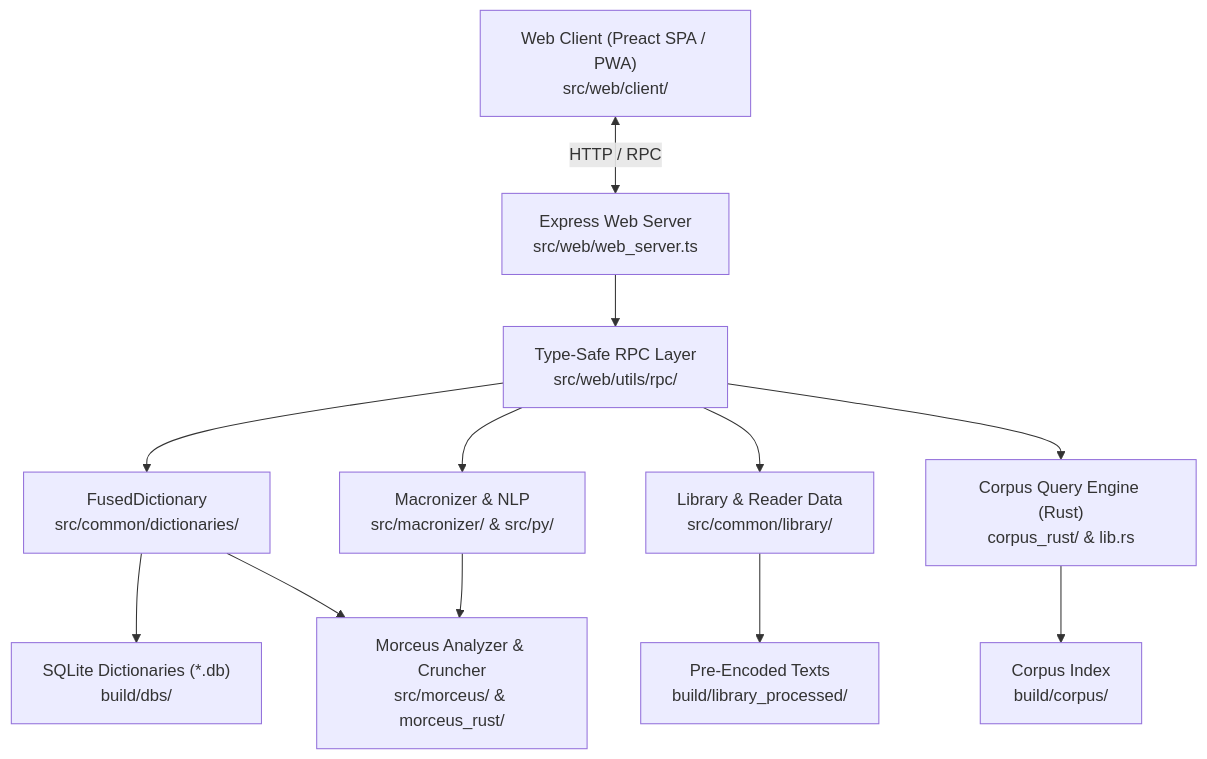
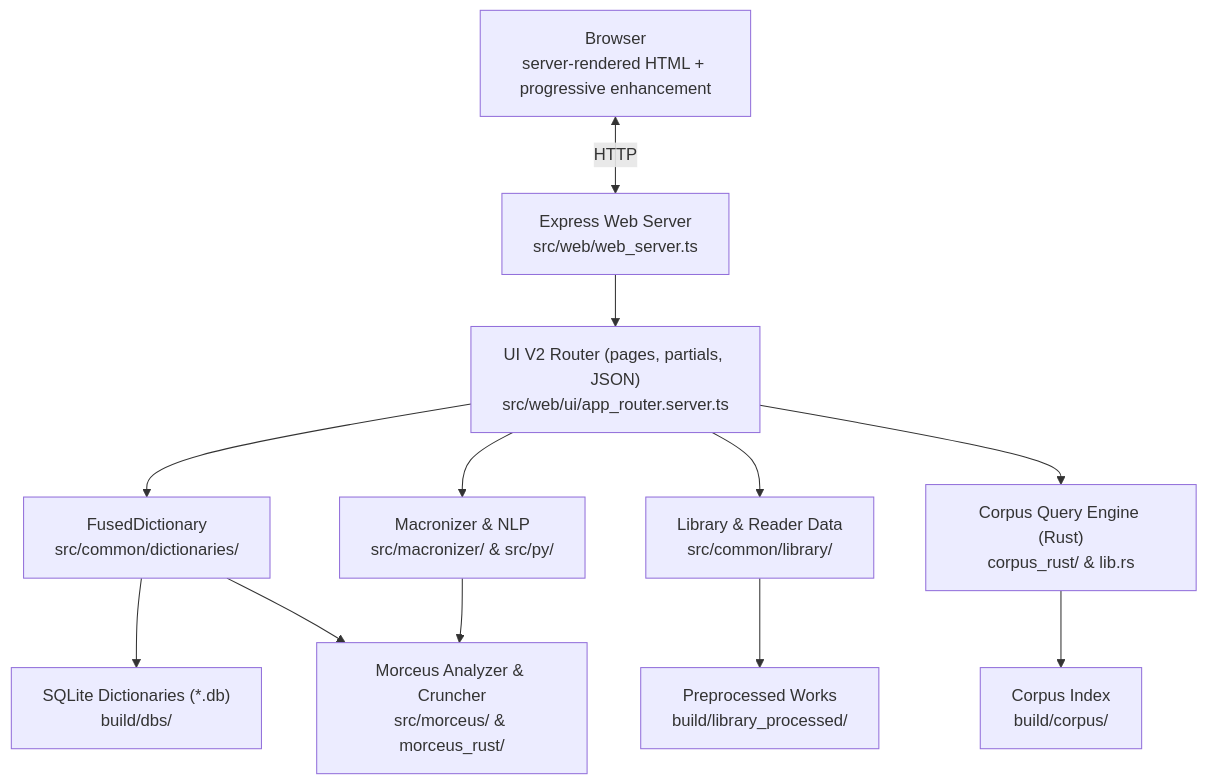
One commit to nkprasad12/morcus-net changed the diagram in ARCHITECTURE.md. Above: the diagram before and after it, drawn with Mermaid. The commit also changed other lines of this file and 939 other files, not shown here.

First line of the commit message:
Re-write the UI (away from Preact to Progressively Enhanced web components) (#592)

````diff
--- a/ARCHITECTURE.md
+++ b/ARCHITECTURE.md
@@ -18,32 +18,32 @@
 ```mermaid
 graph TD
-    Client["Web Client (Preact SPA / PWA)<br/>src/web/client/"]
+    Browser["Browser<br/>server-rendered HTML + progressive enhancement"]
     Server["Express Web Server<br/>src/web/web_server.ts"]
-    RPC["Type-Safe RPC Layer<br/>src/web/utils/rpc/"]
+    V2["UI V2 Router (pages, partials, JSON)<br/>src/web/ui/app_router.server.ts"]
 
     FusedDict["FusedDictionary<br/>src/common/dictionaries/"]
     SQLite["SQLite Dictionaries (*.db)<br/>build/dbs/"]
 
     Morceus["Morceus Analyzer & Cruncher<br/>src/morceus/ & morceus_rust/"]
 
     Library["Library & Reader Data<br/>src/common/library/"]
-    LibraryStorage["Pre-Encoded Texts<br/>build/library_processed/"]
+    LibraryStorage["Preprocessed Works<br/>build/library_processed/"]
 
     Corpus["Corpus Query Engine (Rust)<br/>corpus_rust/ & lib.rs"]
     CorpusData["Corpus Index<br/>build/corpus/"]
 
     Macronizer["Macronizer & NLP<br/>src/macronizer/ & src/py/"]
 
-    Client <-->|HTTP / RPC| Server
-    Server --> RPC
-    RPC --> FusedDict
-    RPC --> Library
-    RPC --> Corpus
-    RPC --> Macronizer
+    Browser <-->|HTTP| Server
+    Server --> V2
+    V2 --> FusedDict
+    V2 --> Library
+    V2 --> Corpus
+    V2 --> Macronizer
 
     FusedDict --> SQLite
     FusedDict --> Morceus
     Library --> LibraryStorage
     Corpus --> CorpusData
     Macronizer --> Morceus
 ```
````
